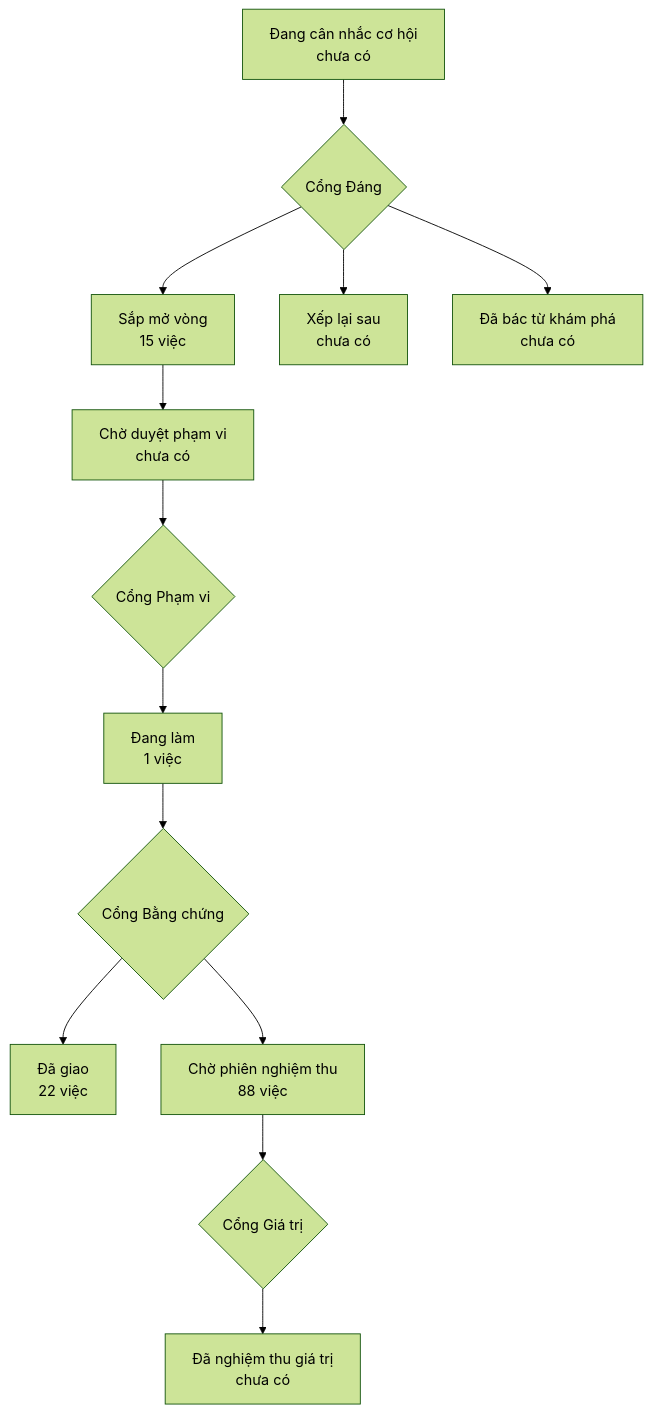
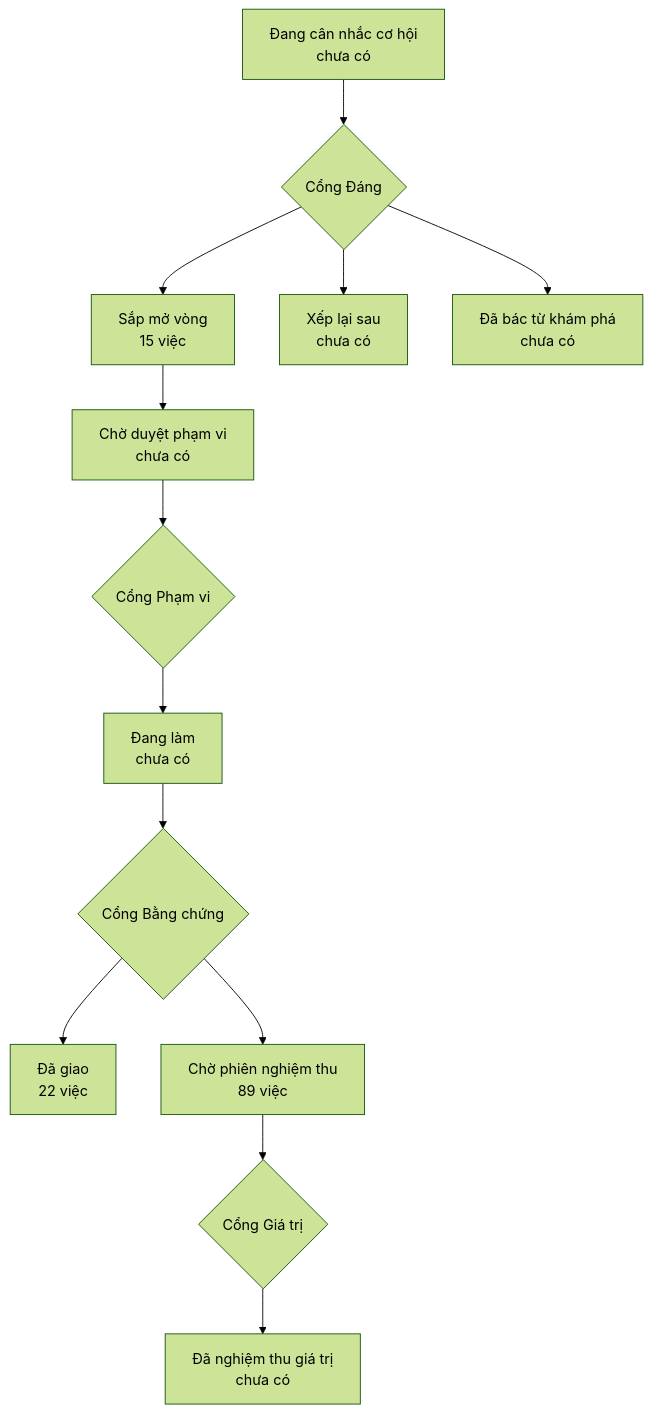
The diagram in PRODUCT-MAP.md (phanlemanh/onehub-quy-hang), drawn with Mermaid (forest theme) before and after one commit. The commit also changed other lines of this file and 4 other files, not shown here.

````diff
--- a/PRODUCT-MAP.md
+++ b/PRODUCT-MAP.md
@@ -7,12 +7,12 @@
 ```mermaid
 flowchart TD
   A["Đang cân nhắc cơ hội<br/>chưa có"] --> GD{"Cổng Đáng"}
   GD --> B["Sắp mở vòng<br/>15 việc"]
   GD --> XL["Xếp lại sau<br/>chưa có"]
   GD --> DB["Đã bác từ khám phá<br/>chưa có"]
   B --> CD["Chờ duyệt phạm vi<br/>chưa có"] --> GP{"Cổng Phạm vi"}
-  GP --> DL["Đang làm<br/>1 việc"] --> GB{"Cổng Bằng chứng"}
+  GP --> DL["Đang làm<br/>chưa có"] --> GB{"Cổng Bằng chứng"}
   GB --> DG["Đã giao<br/>22 việc"]
-  GB --> CN["Chờ phiên nghiệm thu<br/>88 việc"] --> GG{"Cổng Giá trị"}
+  GB --> CN["Chờ phiên nghiệm thu<br/>89 việc"] --> GG{"Cổng Giá trị"}
   GG --> NT["Đã nghiệm thu giá trị<br/>chưa có"]
 ```
````
